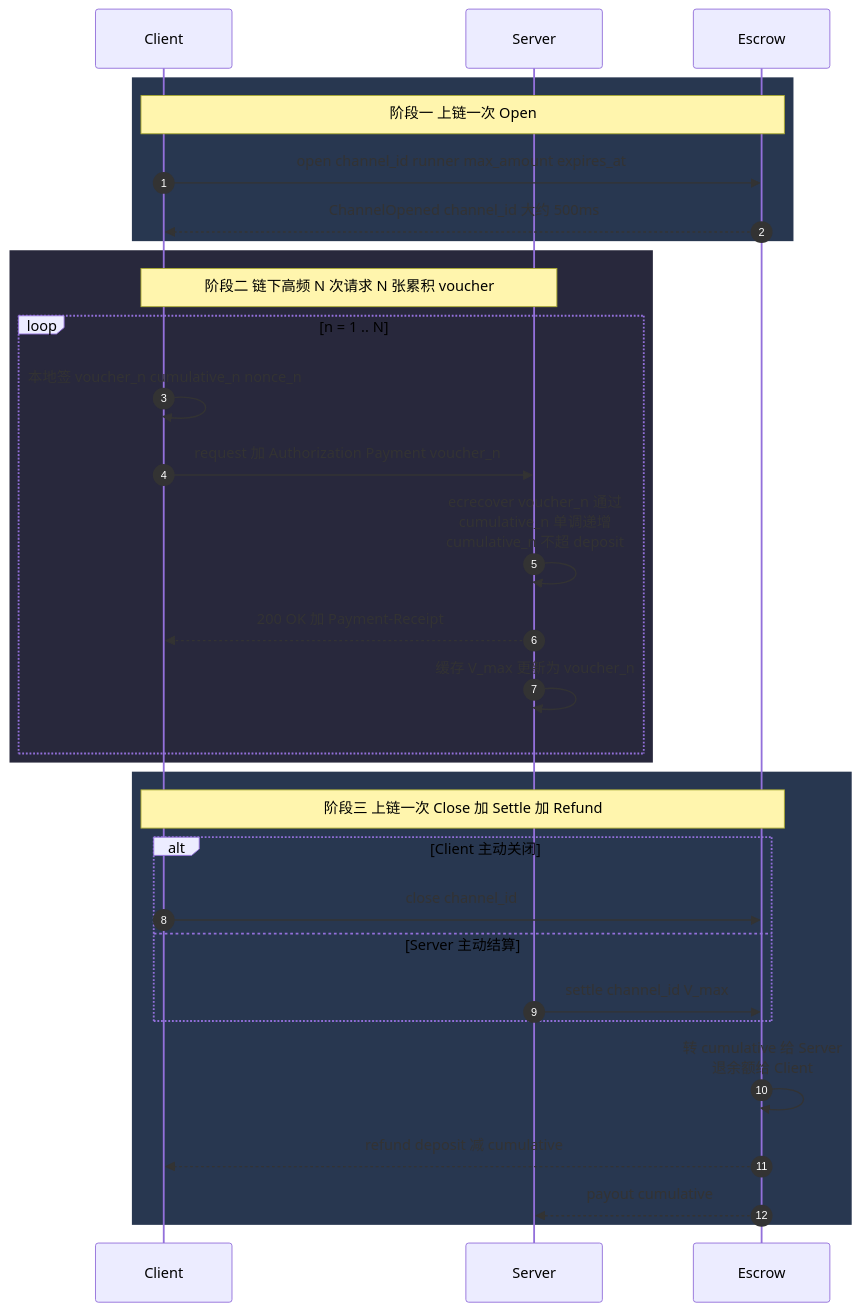
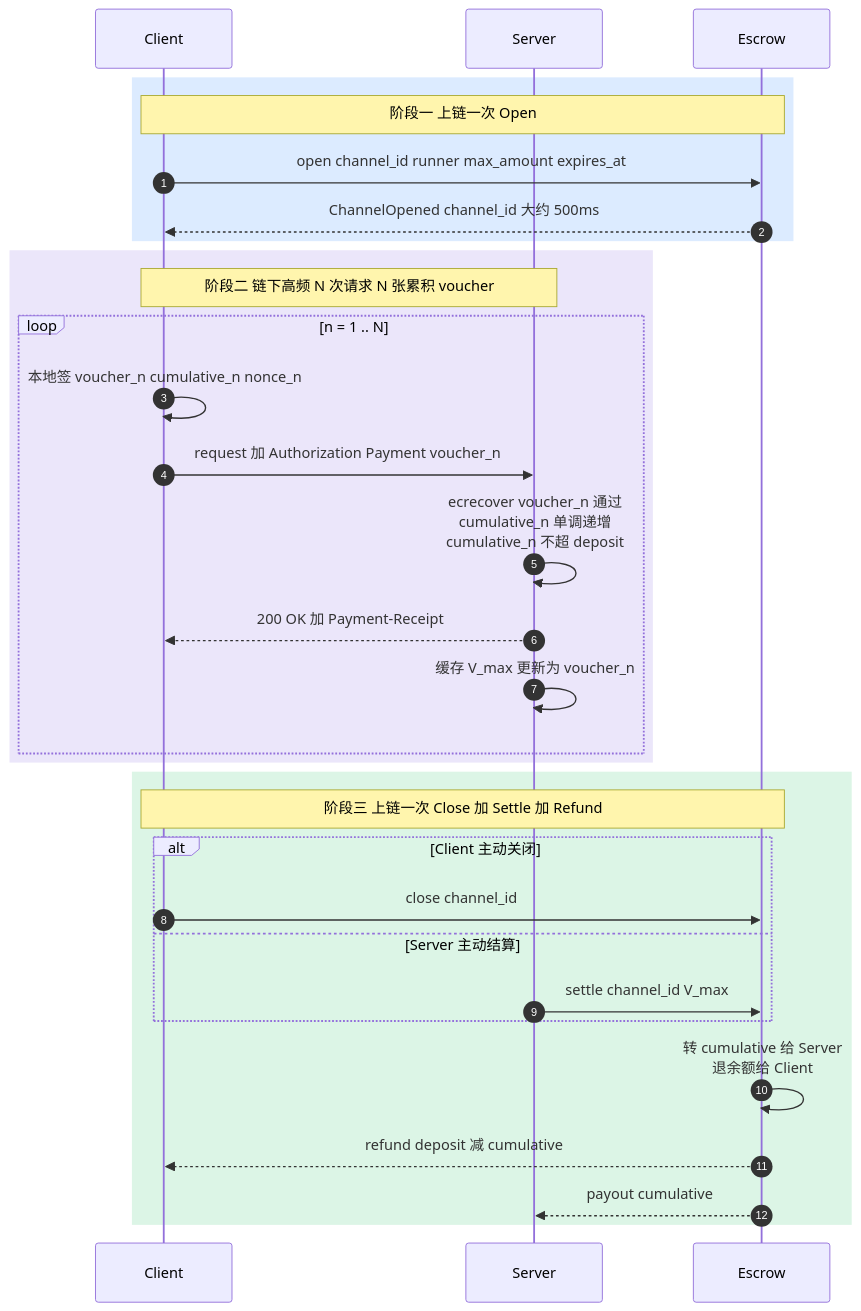
The third of 11 diagrams in runner/2026-04-28_MPP_Session_Research.md (shawhanken/refs), drawn with Mermaid before and after one commit. The commit also changed other lines of this file, not shown here.

First line of the commit message:
docs: update flowchart and sequence diagram colors for improved clarity

````diff
--- a/runner/2026-04-28_MPP_Session_Research.md
+++ b/runner/2026-04-28_MPP_Session_Research.md
@@ -121,36 +121,36 @@
 ```mermaid
 sequenceDiagram
     autonumber
     participant C as Client
     participant S as Server
     participant E as Escrow
 
-    rect rgb(40,55,80)
+    rect rgb(220,235,255)
     note over C,E: 阶段一 上链一次 Open
     C->>E: open channel_id runner max_amount expires_at
     E-->>C: ChannelOpened channel_id 大约 500ms
     end
 
-    rect rgb(40,40,60)
+    rect rgb(235,230,250)
     note over C,S: 阶段二 链下高频 N 次请求 N 张累积 voucher
     loop n = 1 .. N
         C->>C: 本地签 voucher_n cumulative_n nonce_n
         C->>S: request 加 Authorization Payment voucher_n
         S->>S: ecrecover voucher_n 通过<br/>cumulative_n 单调递增<br/>cumulative_n 不超 deposit
         S-->>C: 200 OK 加 Payment-Receipt
         S->>S: 缓存 V_max 更新为 voucher_n
     end
     end
 
-    rect rgb(40,55,80)
+    rect rgb(220,245,230)
     note over C,E: 阶段三 上链一次 Close 加 Settle 加 Refund
     alt Client 主动关闭
         C->>E: close channel_id
     else Server 主动结算
         S->>E: settle channel_id V_max
     end
     E->>E: 转 cumulative 给 Server<br/>退余额给 Client
     E-->>C: refund deposit 减 cumulative
     E-->>S: payout cumulative
     end
 ```
````
